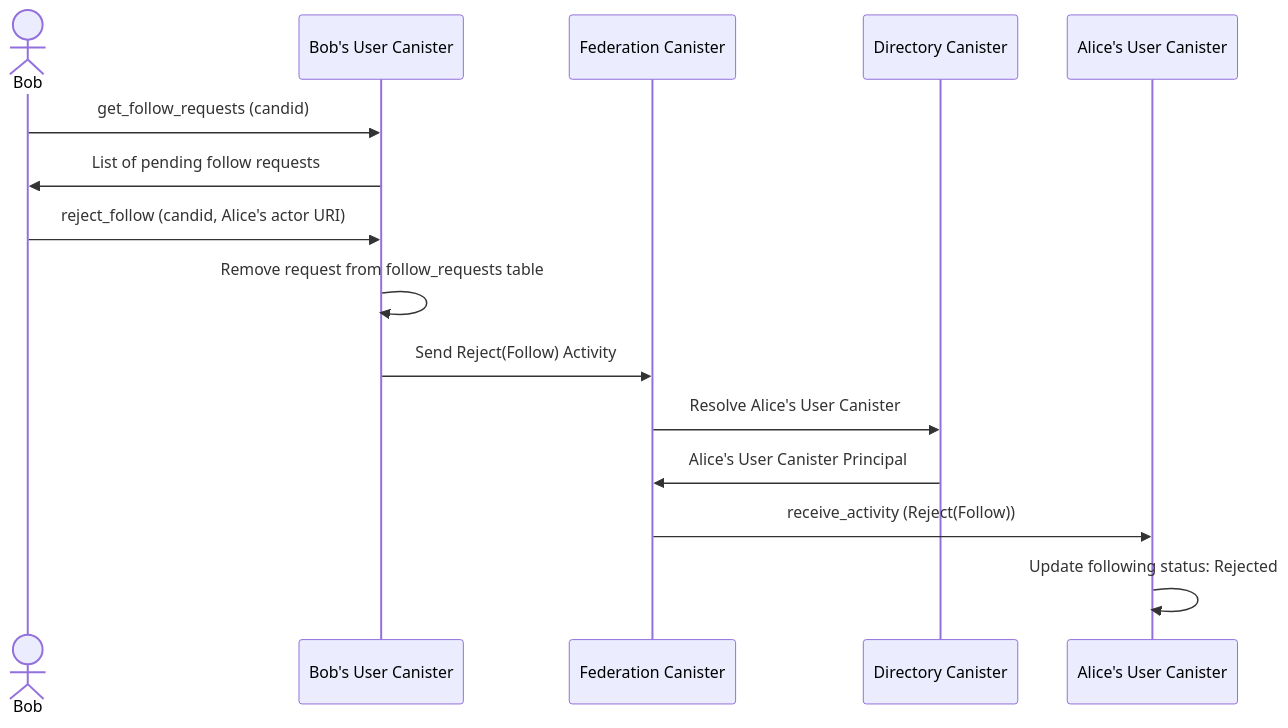
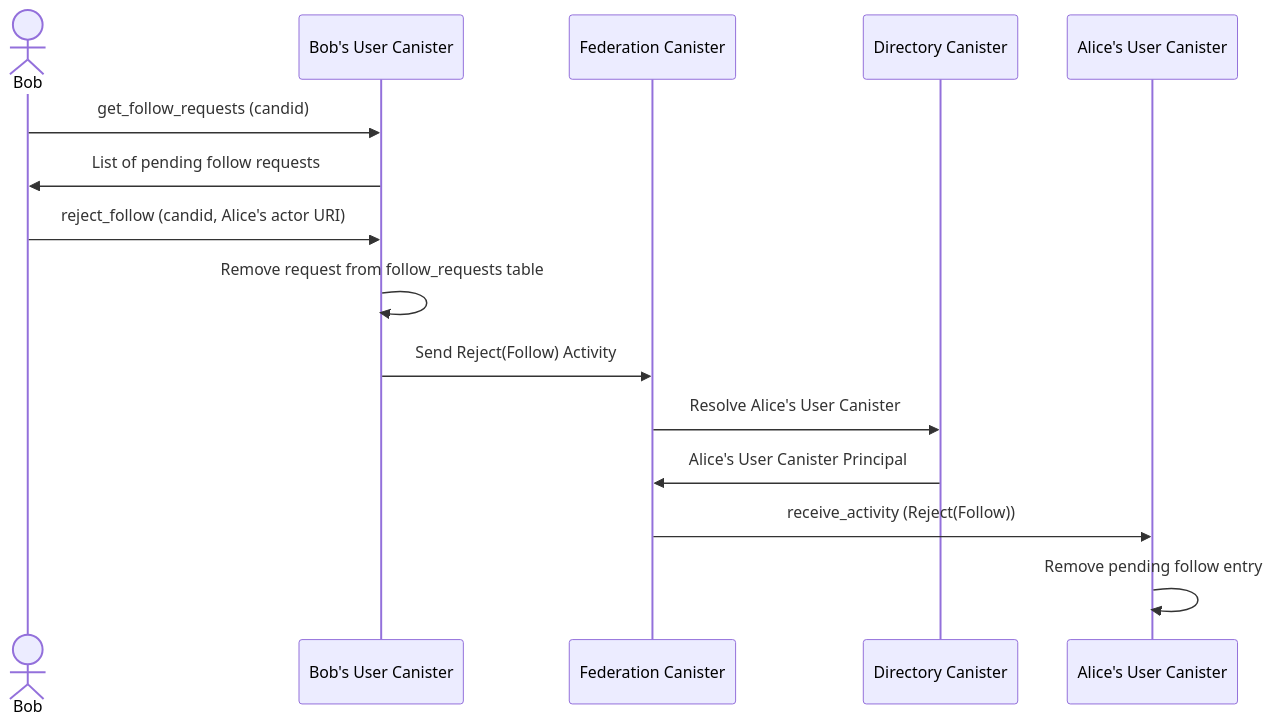
Before and after one commit to veeso/mastic: the ninth of 18 diagrams in docs/src/project/flows.md, drawn with Mermaid. The commit also changed other lines of this file and 7 other files, not shown here.

First line of the commit message:
refactor(user): remove Rejected follow status, delete entry on reject instead

````diff
--- a/docs/src/project/flows.md
+++ b/docs/src/project/flows.md
@@ -174,18 +174,18 @@
 ```mermaid
 sequenceDiagram
     actor B as Bob
     participant BUC as Bob's User Canister
     participant FED as Federation Canister
     participant DIR as Directory Canister
     participant UC as Alice's User Canister
 
     B->>BUC: get_follow_requests (candid)
     BUC->>B: List of pending follow requests
     B->>BUC: reject_follow (candid, Alice's actor URI)
     BUC->>BUC: Remove request from follow_requests table
     BUC->>FED: Send Reject(Follow) Activity
     FED->>DIR: Resolve Alice's User Canister
     DIR->>FED: Alice's User Canister Principal
     FED->>UC: receive_activity (Reject(Follow))
-    UC->>UC: Update following status: Rejected
+    UC->>UC: Remove pending follow entry
 ```
````
